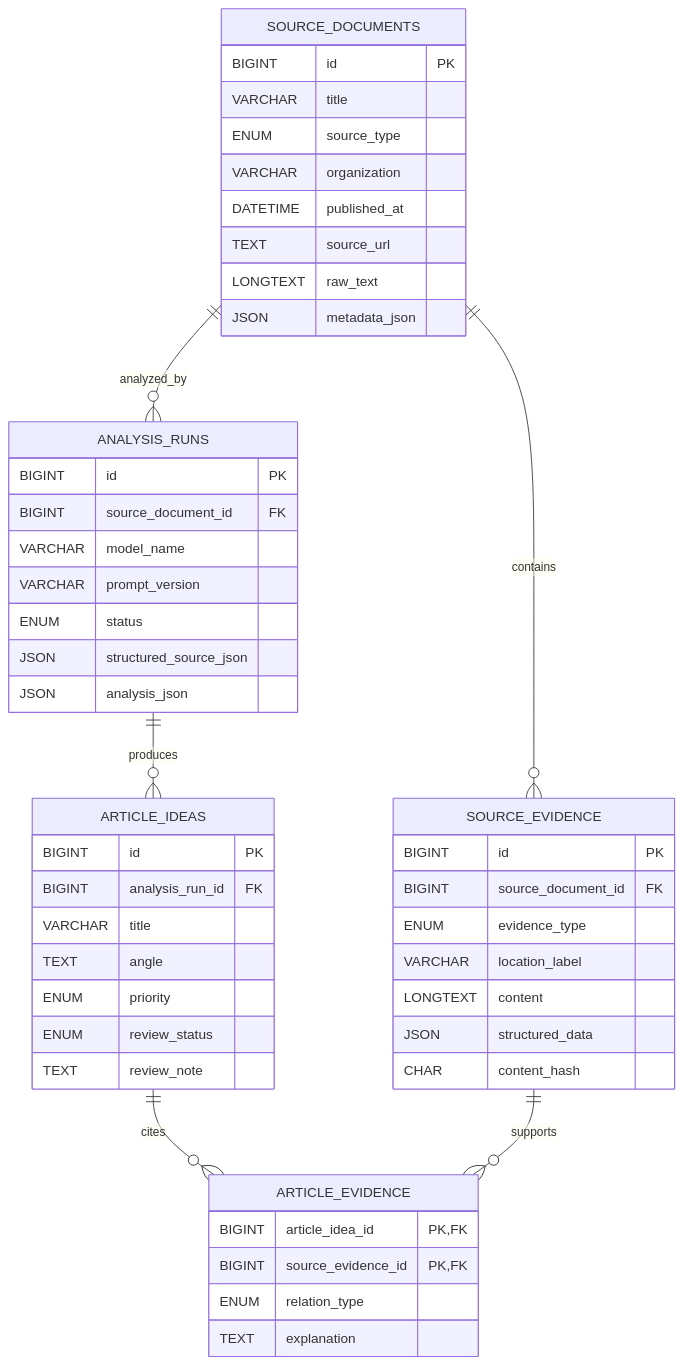
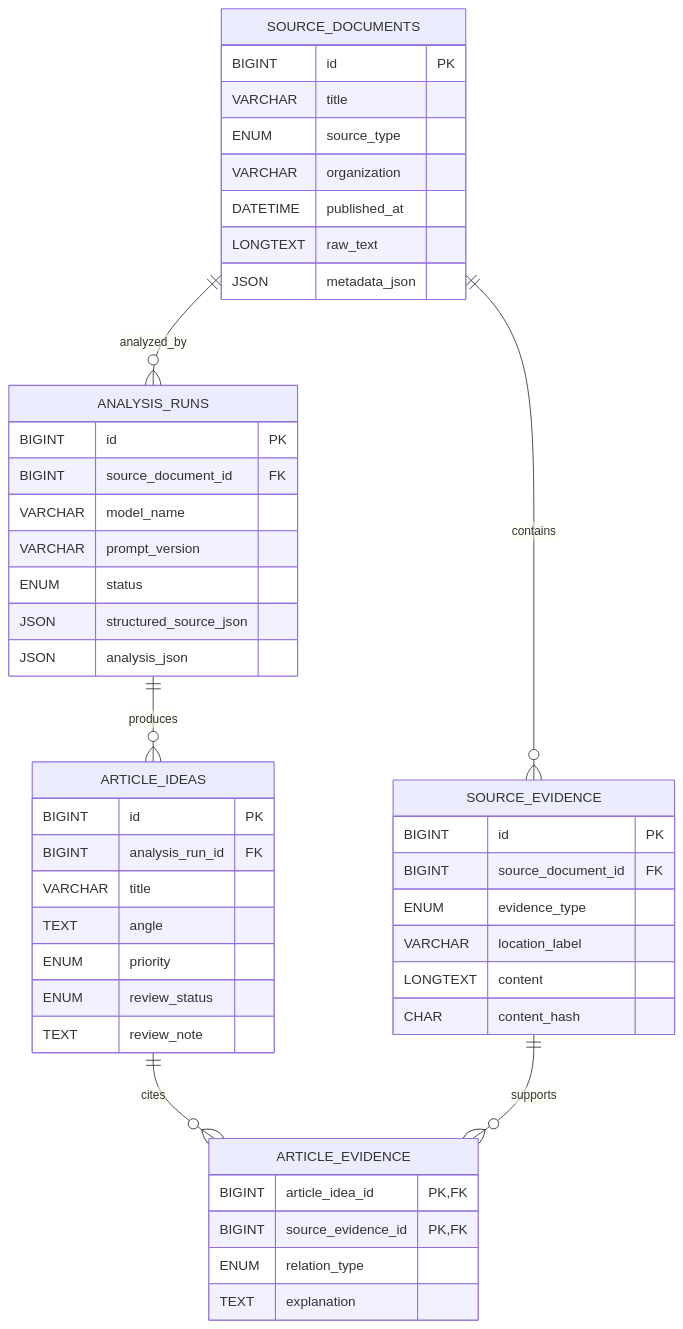
The third of 3 diagrams in README.md (csy04x2/RGF), drawn with Mermaid before and after one commit. The commit also changed other lines of this file, not shown here.

````diff
--- a/README.md
+++ b/README.md
@@ -253,56 +262,54 @@
 ```mermaid
 erDiagram
     SOURCE_DOCUMENTS ||--o{ SOURCE_EVIDENCE : contains
     SOURCE_DOCUMENTS ||--o{ ANALYSIS_RUNS : analyzed_by
     ANALYSIS_RUNS ||--o{ ARTICLE_IDEAS : produces
     ARTICLE_IDEAS ||--o{ ARTICLE_EVIDENCE : cites
     SOURCE_EVIDENCE ||--o{ ARTICLE_EVIDENCE : supports
 
     SOURCE_DOCUMENTS {
         BIGINT id PK
         VARCHAR title
         ENUM source_type
         VARCHAR organization
         DATETIME published_at
-        TEXT source_url
         LONGTEXT raw_text
         JSON metadata_json
     }
 
     SOURCE_EVIDENCE {
         BIGINT id PK
         BIGINT source_document_id FK
         ENUM evidence_type
         VARCHAR location_label
         LONGTEXT content
-        JSON structured_data
         CHAR content_hash
     }
 
     ANALYSIS_RUNS {
         BIGINT id PK
         BIGINT source_document_id FK
         VARCHAR model_name
         VARCHAR prompt_version
         ENUM status
         JSON structured_source_json
         JSON analysis_json
     }
 
     ARTICLE_IDEAS {
         BIGINT id PK
         BIGINT analysis_run_id FK
         VARCHAR title
         TEXT angle
         ENUM priority
         ENUM review_status
         TEXT review_note
     }
 
     ARTICLE_EVIDENCE {
         BIGINT article_idea_id PK,FK
         BIGINT source_evidence_id PK,FK
         ENUM relation_type
         TEXT explanation
     }
 ```
````
